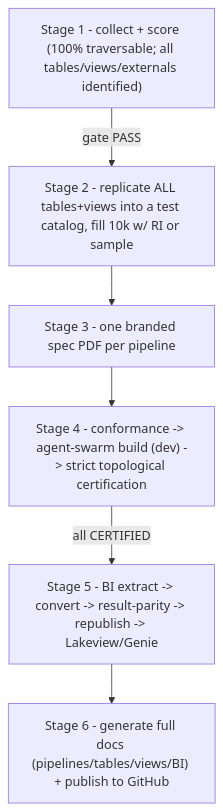
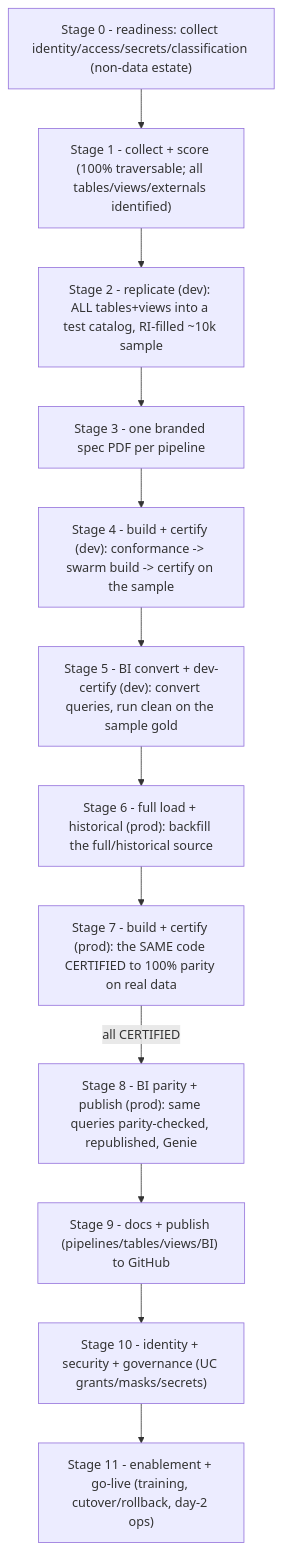
The first of 2 diagrams in docs/01_methodology.md (vasutechgenie/maya-migrate-to-databricks), drawn with Mermaid before and after one commit. The commit also changed other lines of this file and 70 other files, not shown here.

````diff
--- a/docs/01_methodology.md
+++ b/docs/01_methodology.md
@@ -16,10 +22,16 @@
 ```mermaid
 flowchart TB
+  s0["Stage 0 - readiness: collect identity/access/secrets/classification (non-data estate)"]
   s1["Stage 1 - collect + score (100% traversable; all tables/views/externals identified)"]
-  s2["Stage 2 - replicate ALL tables+views into a test catalog, fill 10k w/ RI or sample"]
+  s2["Stage 2 - replicate (dev): ALL tables+views into a test catalog, RI-filled ~10k sample"]
   s3["Stage 3 - one branded spec PDF per pipeline"]
-  s4["Stage 4 - conformance -> agent-swarm build (dev) -> strict topological certification"]
-  s5["Stage 5 - BI extract -> convert -> result-parity -> republish -> Lakeview/Genie"]
-  s6["Stage 6 - generate full docs (pipelines/tables/views/BI) + publish to GitHub"]
-  s1 -->|gate PASS| s2 --> s3 --> s4 -->|all CERTIFIED| s5 --> s6
+  s4["Stage 4 - build + certify (dev): conformance -> swarm build -> certify on the sample"]
+  s5["Stage 5 - BI convert + dev-certify (dev): convert queries, run clean on the sample gold"]
+  s6["Stage 6 - full load + historical (prod): backfill the full/historical source"]
+  s7["Stage 7 - build + certify (prod): the SAME code CERTIFIED to 100% parity on real data"]
+  s8["Stage 8 - BI parity + publish (prod): same queries parity-checked, republished, Genie"]
+  s9["Stage 9 - docs + publish (pipelines/tables/views/BI) to GitHub"]
+  s10["Stage 10 - identity + security + governance (UC grants/masks/secrets)"]
+  s11["Stage 11 - enablement + go-live (training, cutover/rollback, day-2 ops)"]
+  s0 --> s1 --> s2 --> s3 --> s4 --> s5 --> s6 --> s7 -->|all CERTIFIED| s8 --> s9 --> s10 --> s11
 ```
````
